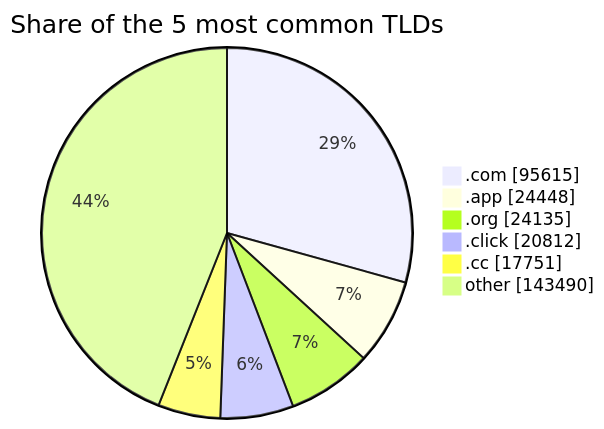
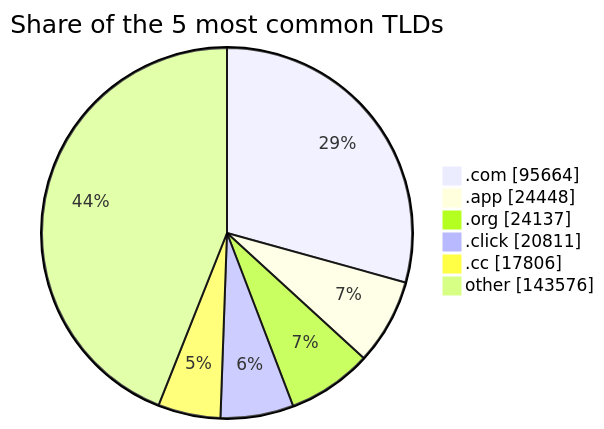
One commit to DNSBunker/CTI changed the third of 3 diagrams in README.md. Above: the diagram before and after it, drawn with Mermaid. The commit also changed other lines of this file and 4 other files, not shown here.

````diff
--- a/README.md
+++ b/README.md
@@ -81,9 +81,9 @@
 ```mermaid
 pie showData title Share of the 5 most common TLDs
-    ".com" : 95615
+    ".com" : 95664
     ".app" : 24448
-    ".org" : 24135
-    ".click" : 20812
-    ".cc" : 17751
-    "other" : 143490
+    ".org" : 24137
+    ".click" : 20811
+    ".cc" : 17806
+    "other" : 143576
 ```
````
